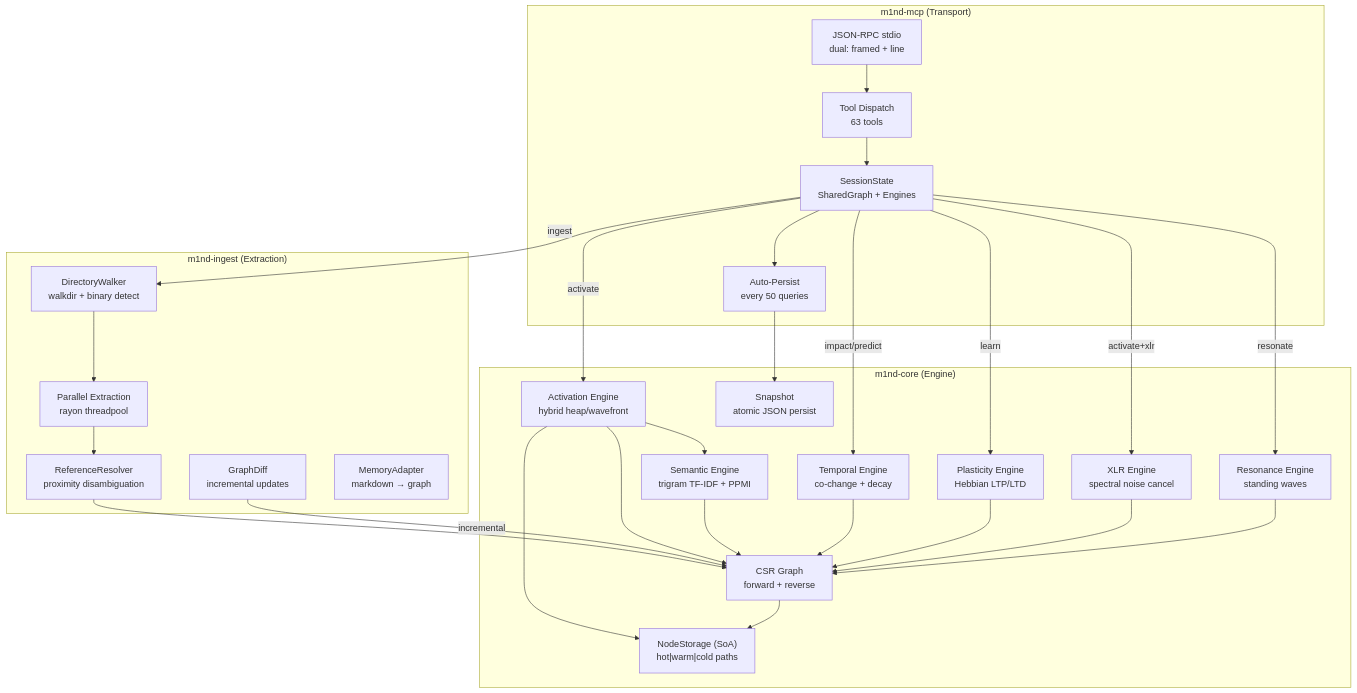
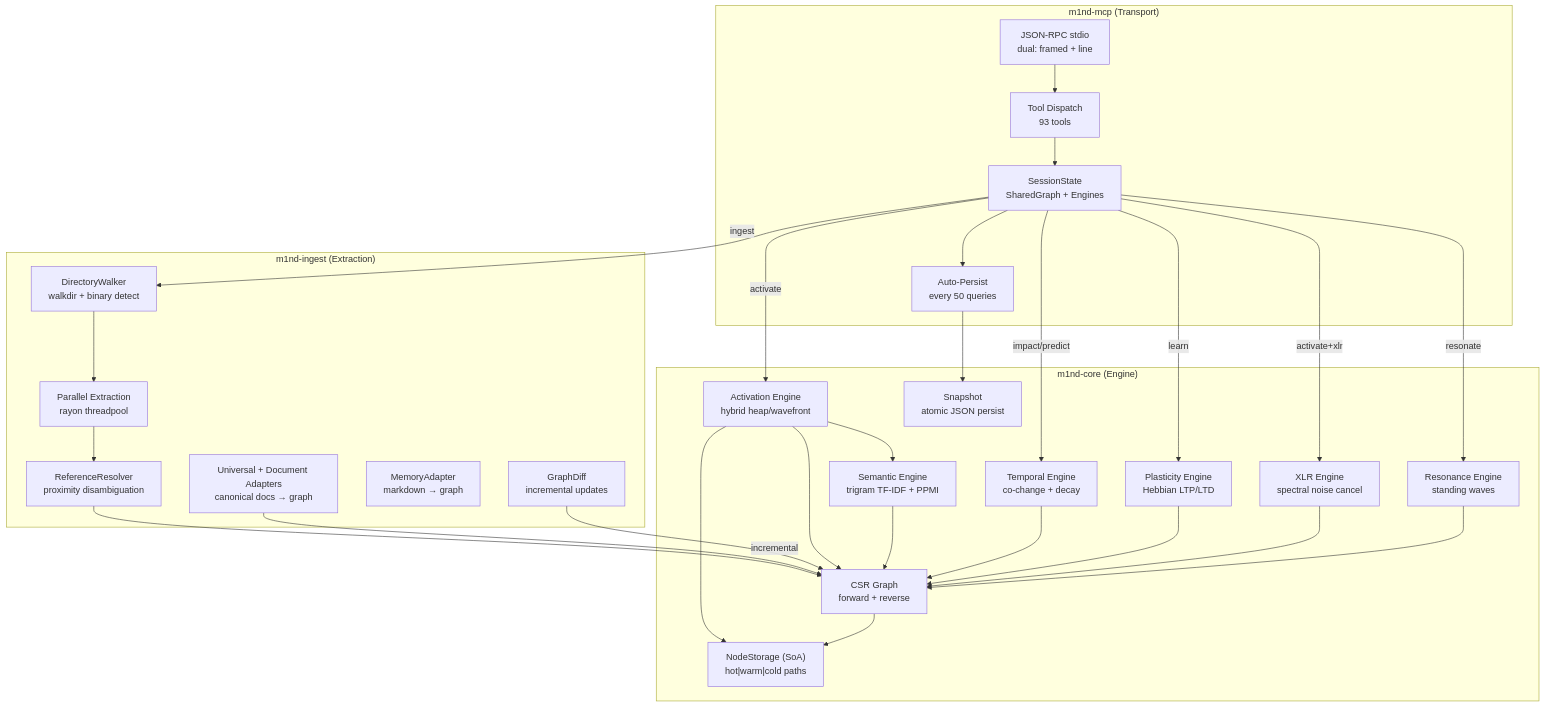
One commit to maxkle1nz/m1nd changed the diagram in docs/wiki/src/architecture/overview.md. Above: the diagram before and after it, drawn with Mermaid. The commit also changed other lines of this file and 44 other files, not shown here.

````diff
--- a/docs/wiki/src/architecture/overview.md
+++ b/docs/wiki/src/architecture/overview.md
@@ -43,56 +44,58 @@
 ```mermaid
 graph TD
     subgraph "m1nd-mcp (Transport)"
         STDIO["JSON-RPC stdio<br/>dual: framed + line"]
-        DISPATCH["Tool Dispatch<br/>63 tools"]
+        DISPATCH["Tool Dispatch<br/>93 tools"]
         SESSION["SessionState<br/>SharedGraph + Engines"]
         PERSIST["Auto-Persist<br/>every 50 queries"]
     end
 
     subgraph "m1nd-ingest (Extraction)"
         WALK["DirectoryWalker<br/>walkdir + binary detect"]
         EXTRACT["Parallel Extraction<br/>rayon threadpool"]
         RESOLVE["ReferenceResolver<br/>proximity disambiguation"]
         DIFF["GraphDiff<br/>incremental updates"]
         MEMORY["MemoryAdapter<br/>markdown → graph"]
+        UNIVERSAL["Universal + Document Adapters<br/>canonical docs → graph"]
     end
 
     subgraph "m1nd-core (Engine)"
         GRAPH["CSR Graph<br/>forward + reverse"]
         NODES["NodeStorage (SoA)<br/>hot|warm|cold paths"]
         ACT["Activation Engine<br/>hybrid heap/wavefront"]
         SEM["Semantic Engine<br/>trigram TF-IDF + PPMI"]
         TEMP["Temporal Engine<br/>co-change + decay"]
         PLAST["Plasticity Engine<br/>Hebbian LTP/LTD"]
         XLR["XLR Engine<br/>spectral noise cancel"]
         RES["Resonance Engine<br/>standing waves"]
         SNAP["Snapshot<br/>atomic JSON persist"]
     end
 
     STDIO --> DISPATCH
     DISPATCH --> SESSION
     SESSION --> PERSIST
     PERSIST --> SNAP
 
     SESSION -->|ingest| WALK
     WALK --> EXTRACT
     EXTRACT --> RESOLVE
     RESOLVE --> GRAPH
+    UNIVERSAL --> GRAPH
     DIFF -->|incremental| GRAPH
 
     SESSION -->|activate| ACT
     SESSION -->|impact/predict| TEMP
     SESSION -->|learn| PLAST
     SESSION -->|activate+xlr| XLR
     SESSION -->|resonate| RES
 
     ACT --> GRAPH
     ACT --> SEM
     ACT --> NODES
     SEM --> GRAPH
     TEMP --> GRAPH
     PLAST --> GRAPH
     XLR --> GRAPH
     RES --> GRAPH
     GRAPH --> NODES
 ```
````
